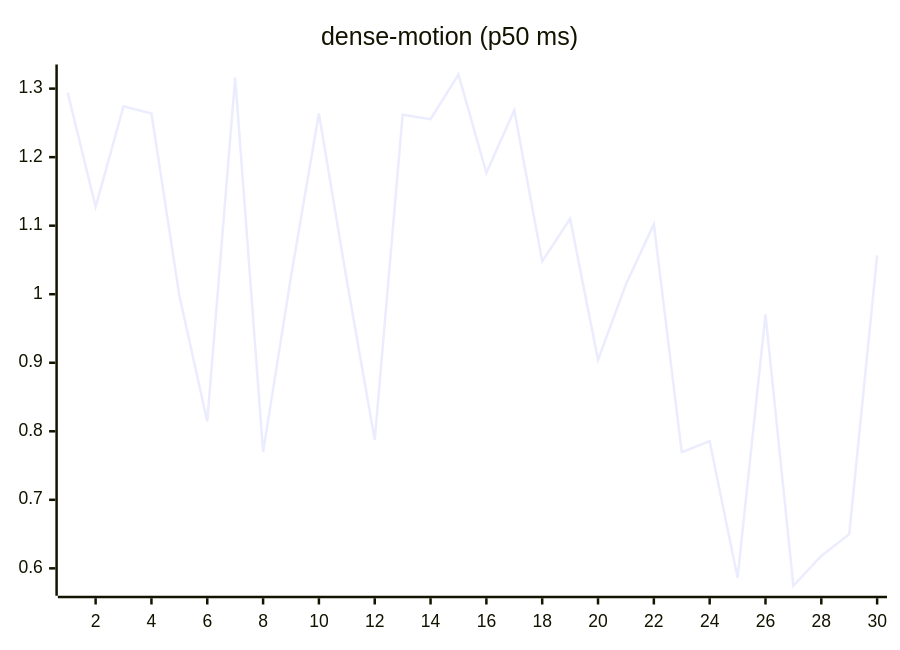
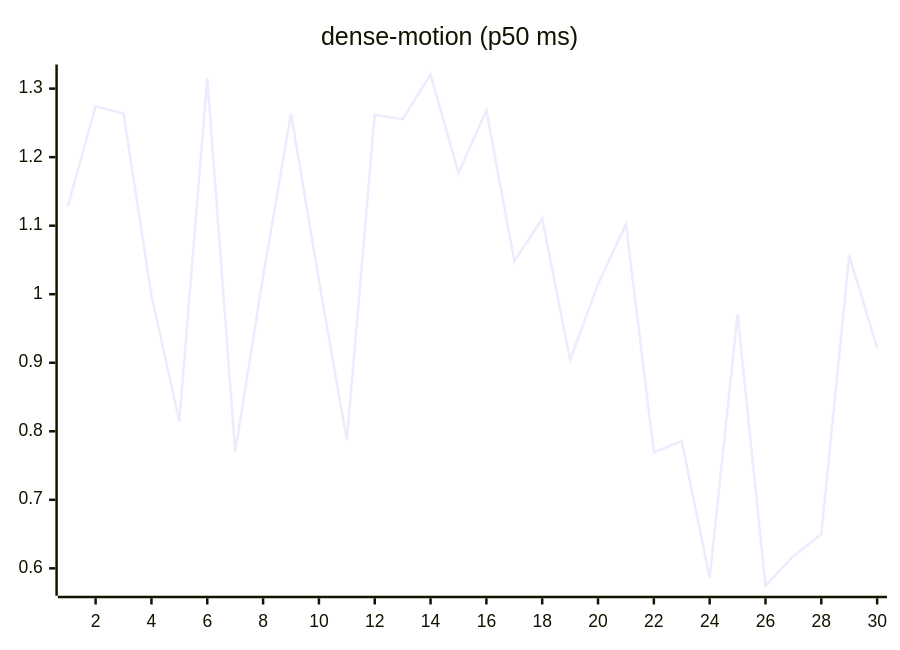
Before and after one commit to josha/Facet: the ninth of 27 diagrams in README.md, drawn with Mermaid. The commit also changed other lines of this file and 2 other files, not shown here.

````diff
--- a/README.md
+++ b/README.md
@@ -119,6 +119,6 @@
 ```mermaid
 xychart-beta
     title "dense-motion (p50 ms)"
     x-axis 1 --> 30
-    line [1.2940, 1.1276, 1.2742, 1.2636, 0.9981, 0.8144, 1.3160, 0.7697, 1.0258, 1.2636, 1.0200, 0.7874, 1.2619, 1.2553, 1.3206, 1.1772, 1.2685, 1.0480, 1.1102, 0.9040, 1.0144, 1.1023, 0.7695, 0.7856, 0.5862, 0.9706, 0.5746, 0.6181, 0.6498, 1.0567]
+    line [1.1276, 1.2742, 1.2636, 0.9981, 0.8144, 1.3160, 0.7697, 1.0258, 1.2636, 1.0200, 0.7874, 1.2619, 1.2553, 1.3206, 1.1772, 1.2685, 1.0480, 1.1102, 0.9040, 1.0144, 1.1023, 0.7695, 0.7856, 0.5862, 0.9706, 0.5746, 0.6181, 0.6498, 1.0567, 0.9215]
 ```
````
